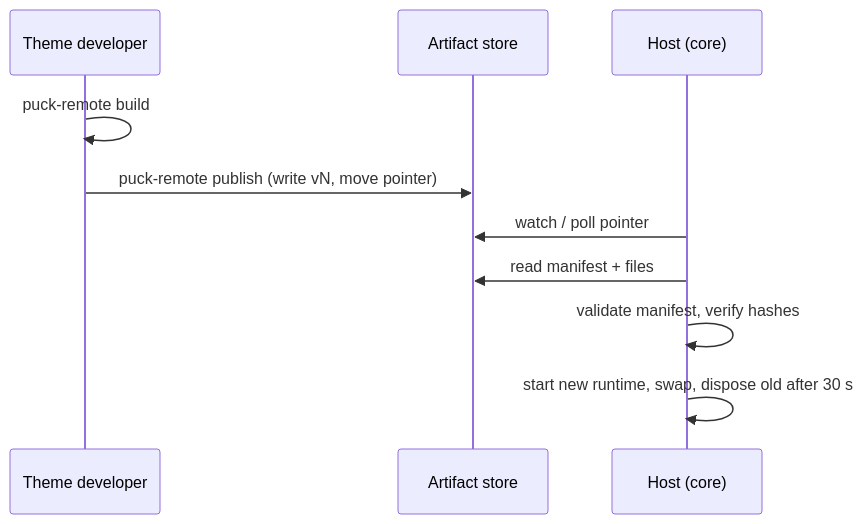
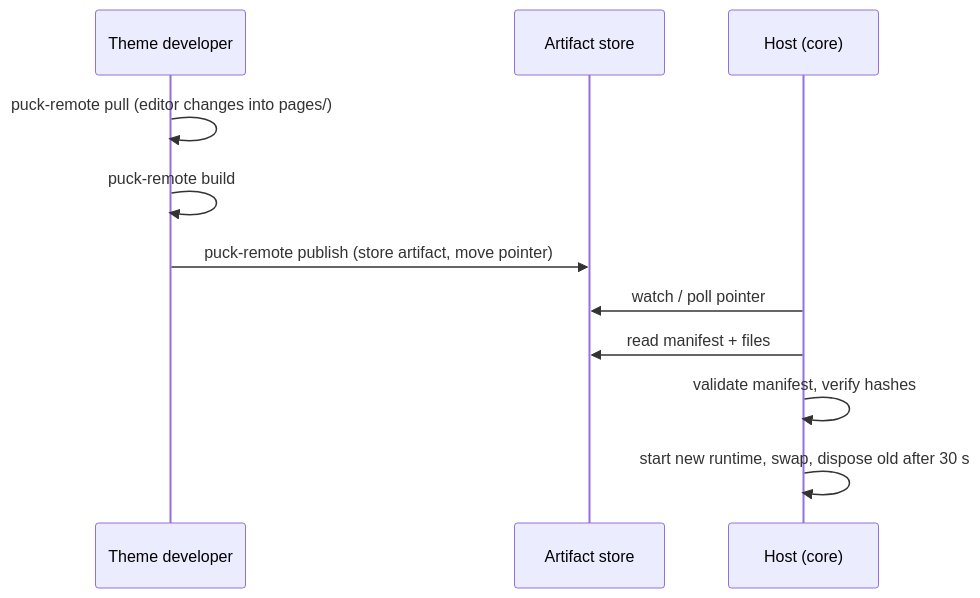
The diagram in apps/docs/content/docs/(framework)/concepts/artifacts.mdx (0ctanium/puckremote), drawn with Mermaid before and after one commit. The commit also changed other lines of this file and 184 other files, not shown here.

First line of the commit message:
Simplify: remote components + Shopify-like themes; credential-free editor iframe

````diff
--- a/apps/docs/content/docs/(framework)/concepts/artifacts.mdx
+++ b/apps/docs/content/docs/(framework)/concepts/artifacts.mdx
@@ -32,12 +46,13 @@
 ```mermaid
 sequenceDiagram
   participant Dev as Theme developer
   participant Store as Artifact store
   participant Host as Host (core)
+  Dev->>Dev: puck-remote pull (editor changes into pages/)
   Dev->>Dev: puck-remote build
-  Dev->>Store: puck-remote publish (write vN, move pointer)
+  Dev->>Store: puck-remote publish (store artifact, move pointer)
   Host->>Store: watch / poll pointer
   Host->>Store: read manifest + files
   Host->>Host: validate manifest, verify hashes
   Host->>Host: start new runtime, swap, dispose old after 30 s
 ```
````
